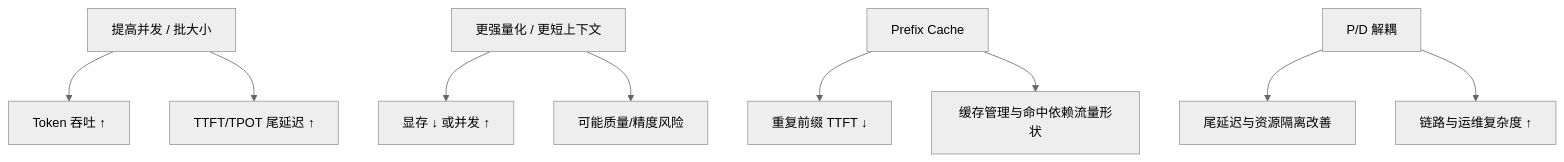
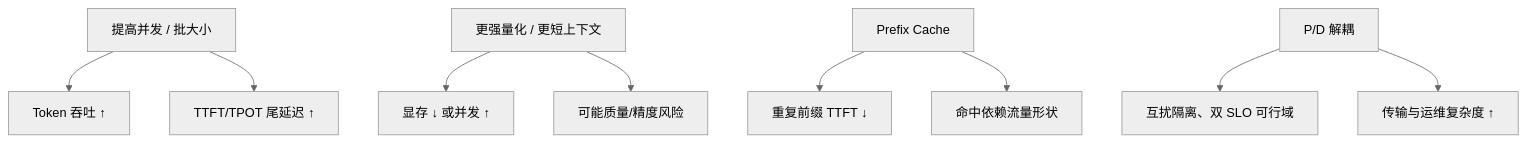
One commit to tqm6666/AIInfraGuide changed the diagram in docs/guides/模块四-推理优化/第9章-性能分析与Benchmark/9.1-推理指标体系.md. Above: the diagram before and after it, drawn with Mermaid (neutral theme). The commit also changed other lines of this file and 5 other files, not shown here.

````diff
--- a/docs/guides/模块四-推理优化/第9章-性能分析与Benchmark/9.1-推理指标体系.md
+++ b/docs/guides/模块四-推理优化/第9章-性能分析与Benchmark/9.1-推理指标体系.md
@@ -136,11 +170,11 @@
 ```mermaid
 flowchart TB
     A["提高并发 / 批大小"] --> B["Token 吞吐 ↑"]
     A --> C["TTFT/TPOT 尾延迟 ↑"]
     D["更强量化 / 更短上下文"] --> E["显存 ↓ 或并发 ↑"]
     D --> F["可能质量/精度风险"]
     G["Prefix Cache"] --> H["重复前缀 TTFT ↓"]
-    G --> I["缓存管理与命中依赖流量形状"]
-    J["P/D 解耦"] --> K["尾延迟与资源隔离改善"]
-    J --> L["链路与运维复杂度 ↑"]
+    G --> I["命中依赖流量形状"]
+    J["P/D 解耦"] --> K["互扰隔离、双 SLO 可行域"]
+    J --> L["传输与运维复杂度 ↑"]
 ```
````
